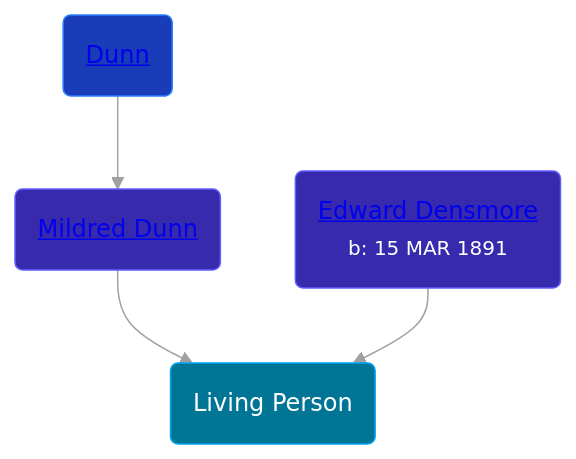
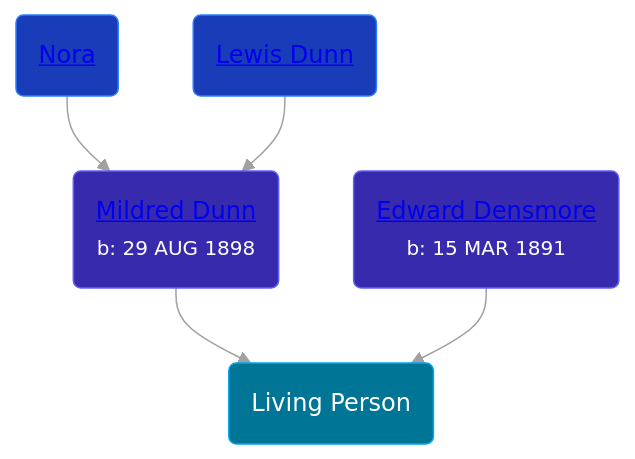
One commit to wpmgotkh/wpmgotkh.github.io changed the diagram in pages/people/2/22927641.md. Above: the diagram before and after it, drawn with Mermaid. The commit also changed 257 other files, not shown here.

````diff
--- a/pages/people/2/22927641.md
+++ b/pages/people/2/22927641.md
@@ -10,11 +10,12 @@
 ```mermaid
 graph
 classDef grands fill:#193cb8,stroke:#2b7fff,stroke-width:1px,color:#fff;
 classDef parents fill:#372aac,stroke:#615fff,stroke-width:1px,color:#fff;
 classDef primary fill:#007595,stroke:#00a6f4,stroke-width:1px,color:#fff;
 22927641(Living Person):::primary
-7869963(<a class="text-white" href="/people/7/7869963">Mildred Dunn</a>):::parents-->22927641
-14066328(<a class="text-white" href="/people/1/14066328">Dunn</a>):::grands-->7869963
+7869963(<a class="text-white" href="/people/7/7869963">Mildred Dunn</a><br /><small>b: 29 AUG 1898</small>):::parents-->22927641
+37580902(<a class="text-white" href="/people/3/37580902">Nora </a>):::grands-->7869963
+14066328(<a class="text-white" href="/people/1/14066328">Lewis Dunn</a>):::grands-->7869963
 75117844(<a class="text-white" href="/people/7/75117844">Edward Densmore</a><br /><small>b: 15 MAR 1891</small>):::parents-->22927641
 linkStyle default stroke:#a1a1a1
 ```
````
